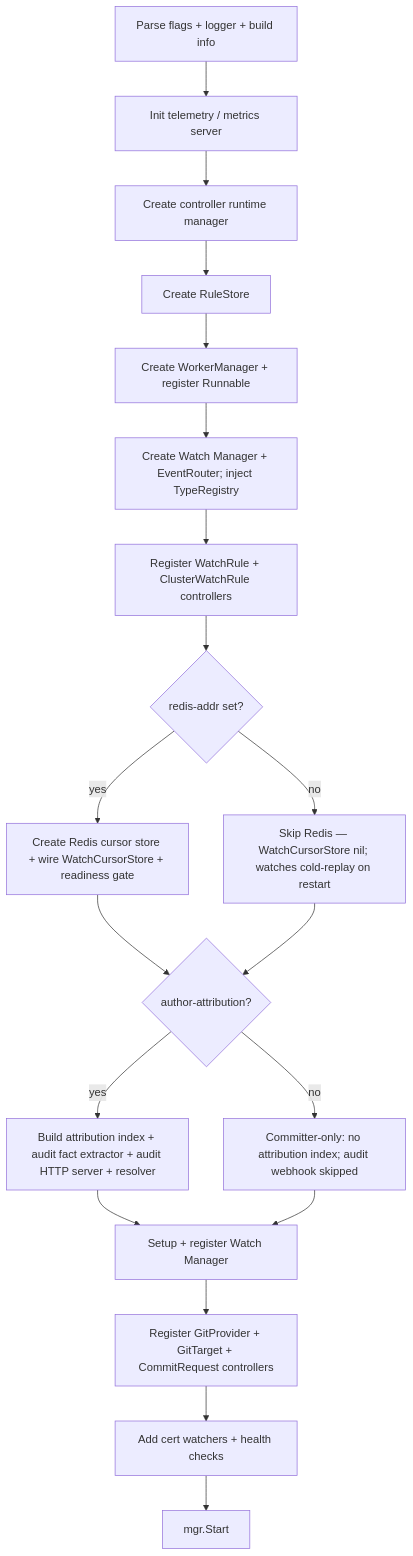
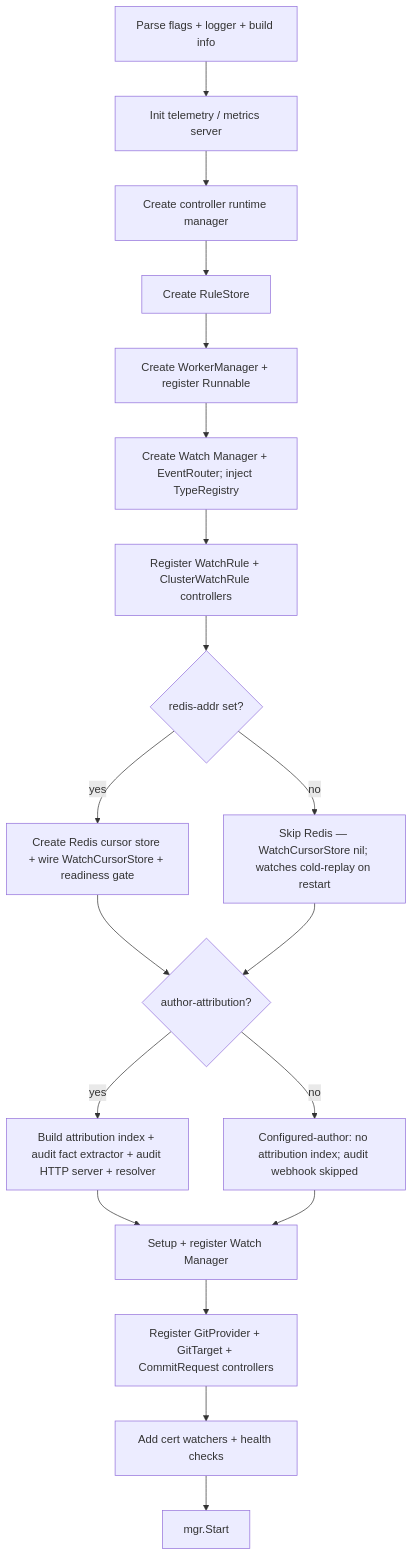
One commit to ConfigButler/gitops-reverser changed the fifth of 5 diagrams in docs/architecture.md. Above: the diagram before and after it, drawn with Mermaid. The commit also changed other lines of this file and 35 other files, not shown here.

````diff
--- a/docs/architecture.md
+++ b/docs/architecture.md
@@ -1021,21 +1021,21 @@
 ```mermaid
 flowchart TD
     A[Parse flags + logger + build info] --> B[Init telemetry / metrics server]
     B --> C[Create controller runtime manager]
     C --> D[Create RuleStore]
     D --> E[Create WorkerManager + register Runnable]
     E --> F[Create Watch Manager + EventRouter; inject TypeRegistry]
     F --> G[Register WatchRule + ClusterWatchRule controllers]
     G --> H{redis-addr set?}
     H -->|yes| Hi[Create Redis cursor store + wire WatchCursorStore + readiness gate]
     H -->|no| Hj[Skip Redis — WatchCursorStore nil; watches cold-replay on restart]
     Hi --> Hq{author-attribution?}
     Hj --> Hq
     Hq -->|yes| I[Build attribution index + audit fact extractor + audit HTTP server + resolver]
-    Hq -->|no| J[Committer-only: no attribution index; audit webhook skipped]
+    Hq -->|no| J[Configured-author: no attribution index; audit webhook skipped]
     I --> K[Setup + register Watch Manager]
     J --> K
     K --> L[Register GitProvider + GitTarget + CommitRequest controllers]
     L --> M[Add cert watchers + health checks]
     M --> N[mgr.Start]
 ```
````
